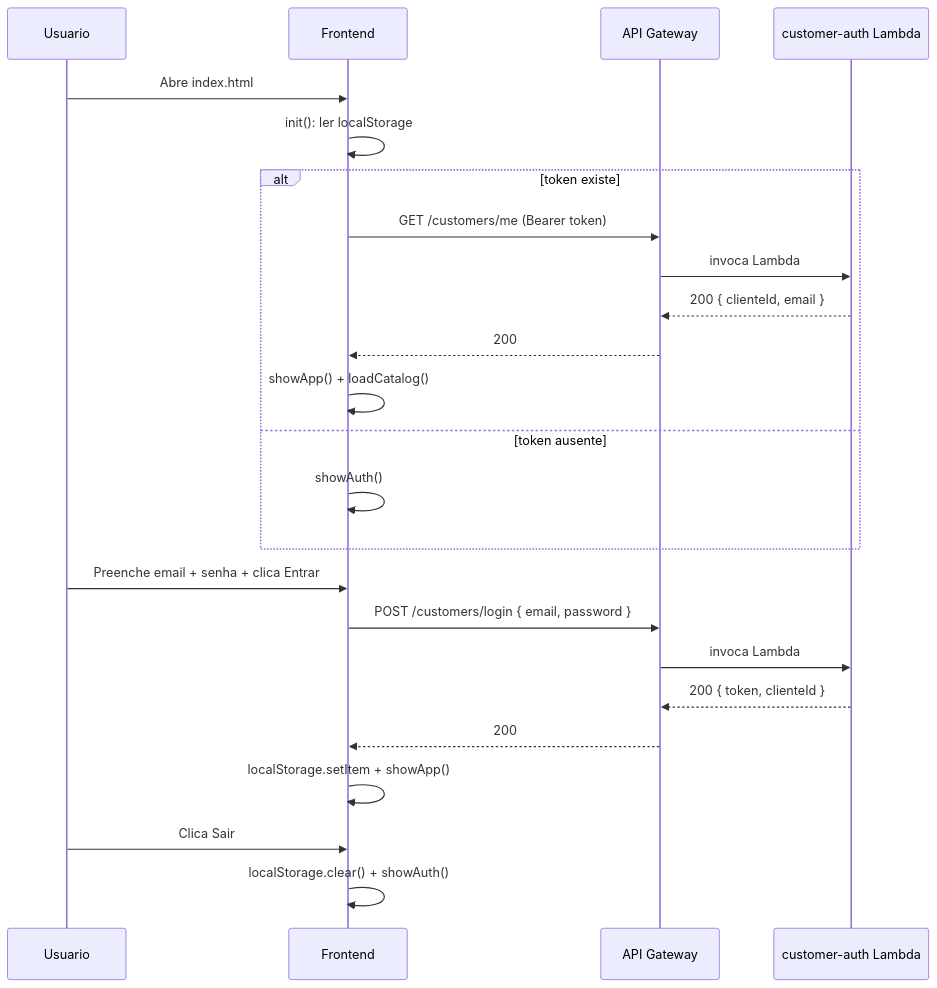
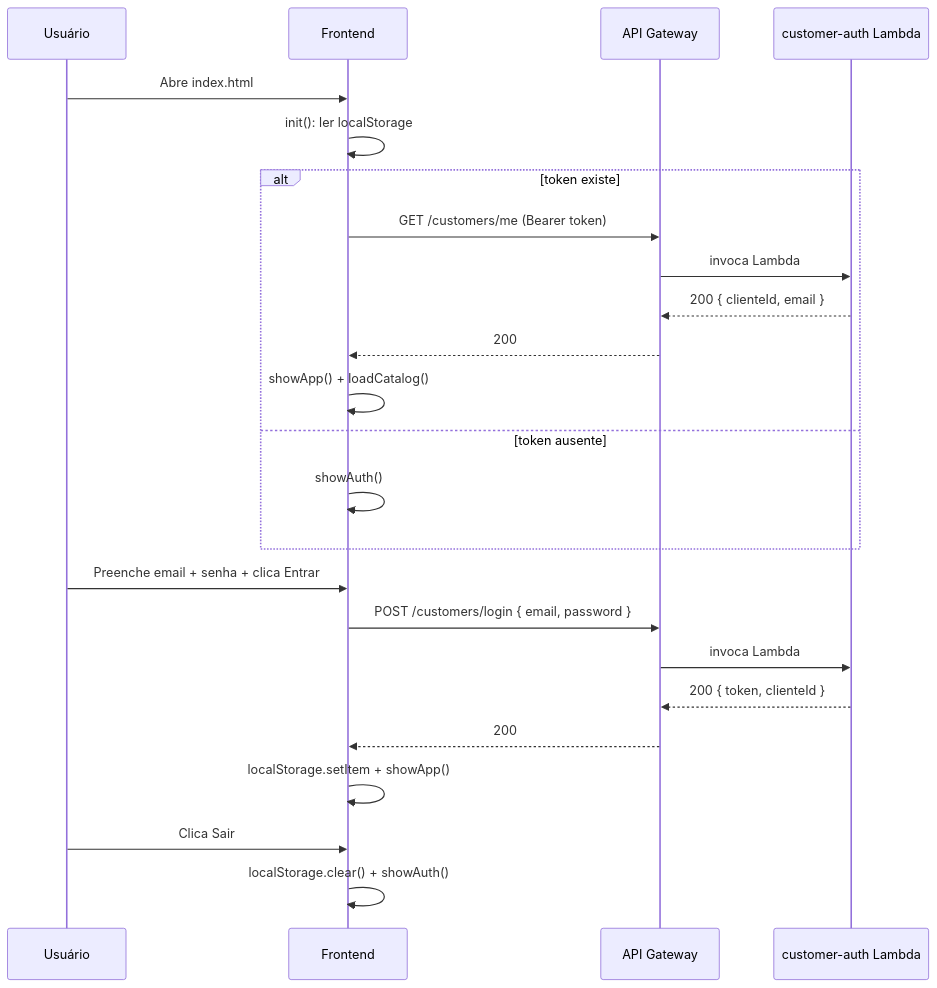
Before and after one commit to DessimA/aws-serverless-order-management: the first of 3 diagrams in docs/frontend.md, drawn with Mermaid. The commit also changed other lines of this file and 17 other files, not shown here.

Commit message:
docs: portfolio-oriented README, ARCHITECTURE.md, and PT-BR accent fixes

````diff
--- a/docs/frontend.md
+++ b/docs/frontend.md
@@ -38,29 +38,29 @@
 ```mermaid
 sequenceDiagram
-    participant U as Usuario
+    participant U as Usuário
     participant F as Frontend
     participant API as API Gateway
     participant A as customer-auth Lambda
 
     U->>F: Abre index.html
     F->>F: init(): ler localStorage
     alt token existe
         F->>API: GET /customers/me (Bearer token)
         API->>A: invoca Lambda
         A-->>API: 200 { clienteId, email }
         API-->>F: 200
         F->>F: showApp() + loadCatalog()
     else token ausente
         F->>F: showAuth()
     end
 
     U->>F: Preenche email + senha + clica Entrar
     F->>API: POST /customers/login { email, password }
     API->>A: invoca Lambda
     A-->>API: 200 { token, clienteId }
     API-->>F: 200
     F->>F: localStorage.setItem + showApp()
 
     U->>F: Clica Sair
     F->>F: localStorage.clear() + showAuth()
 ```
````
